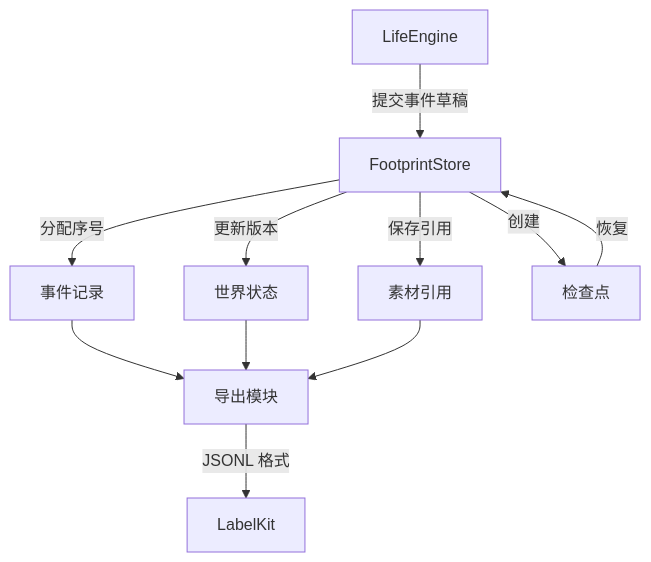
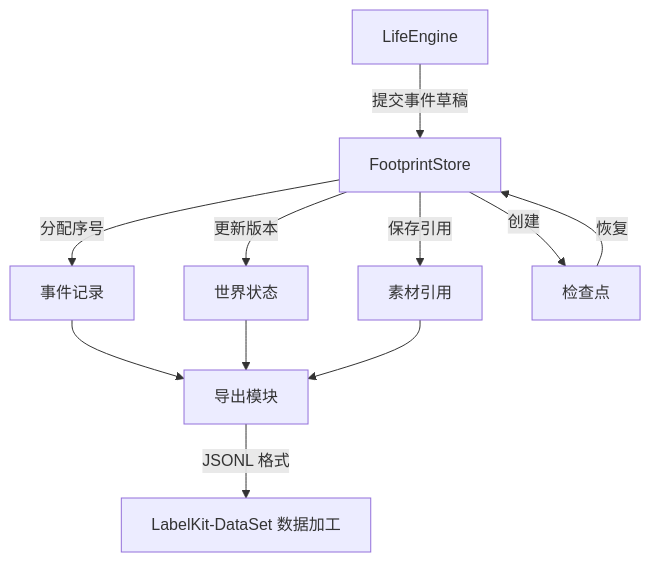
The diagram in docs/design/09-io-formats.md (HoldThatThgt/WorldMock), drawn with Mermaid before and after one commit. The commit also changed other lines of this file and 183 other files, not shown here.

````diff
--- a/docs/design/09-io-formats.md
+++ b/docs/design/09-io-formats.md
@@ -52,13 +52,13 @@
 ```mermaid
 flowchart TB
     ENG[LifeEngine] -->|提交事件草稿| FOOT[FootprintStore]
     FOOT -->|分配序号| EVENT[事件记录]
     FOOT -->|更新版本| STATE[世界状态]
     FOOT -->|保存引用| ASSET[素材引用]
     EVENT --> EXPORT[导出模块]
     STATE --> EXPORT
     ASSET --> EXPORT
-    EXPORT -->|JSONL 格式| LABEL[LabelKit]
+    EXPORT -->|JSONL 格式| LABEL[LabelKit-DataSet 数据加工]
     FOOT -->|创建| CKPT[检查点]
     CKPT -->|恢复| FOOT
 ```
````
